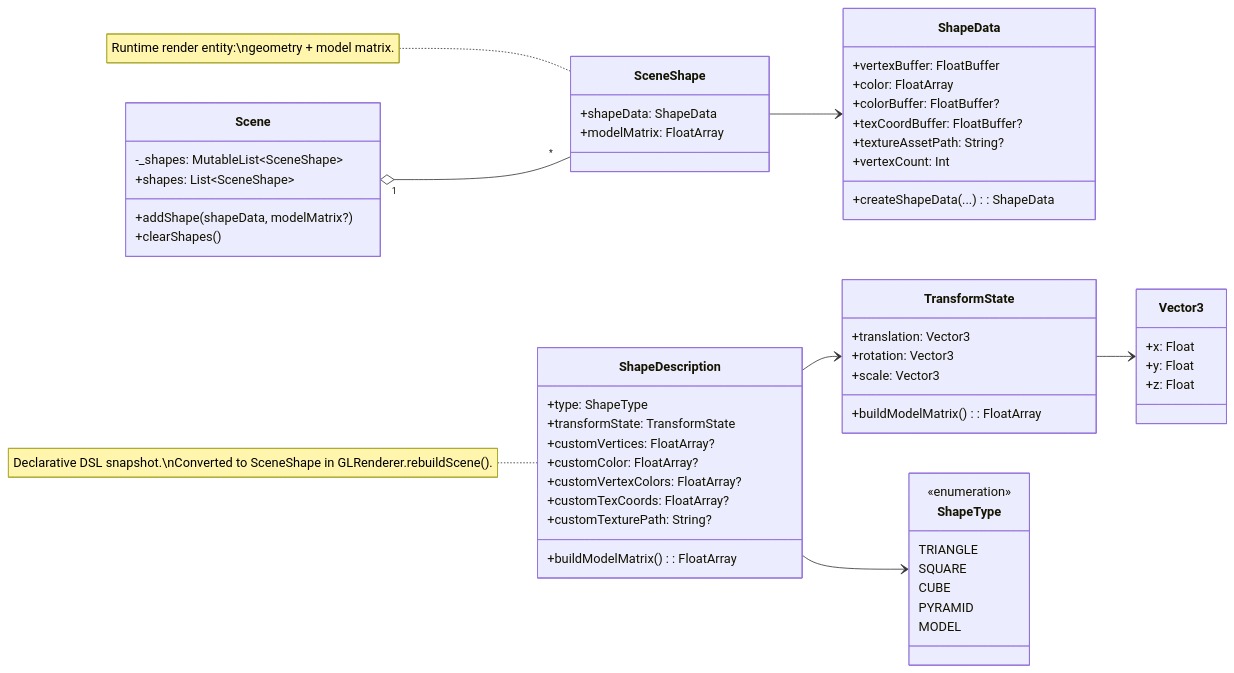
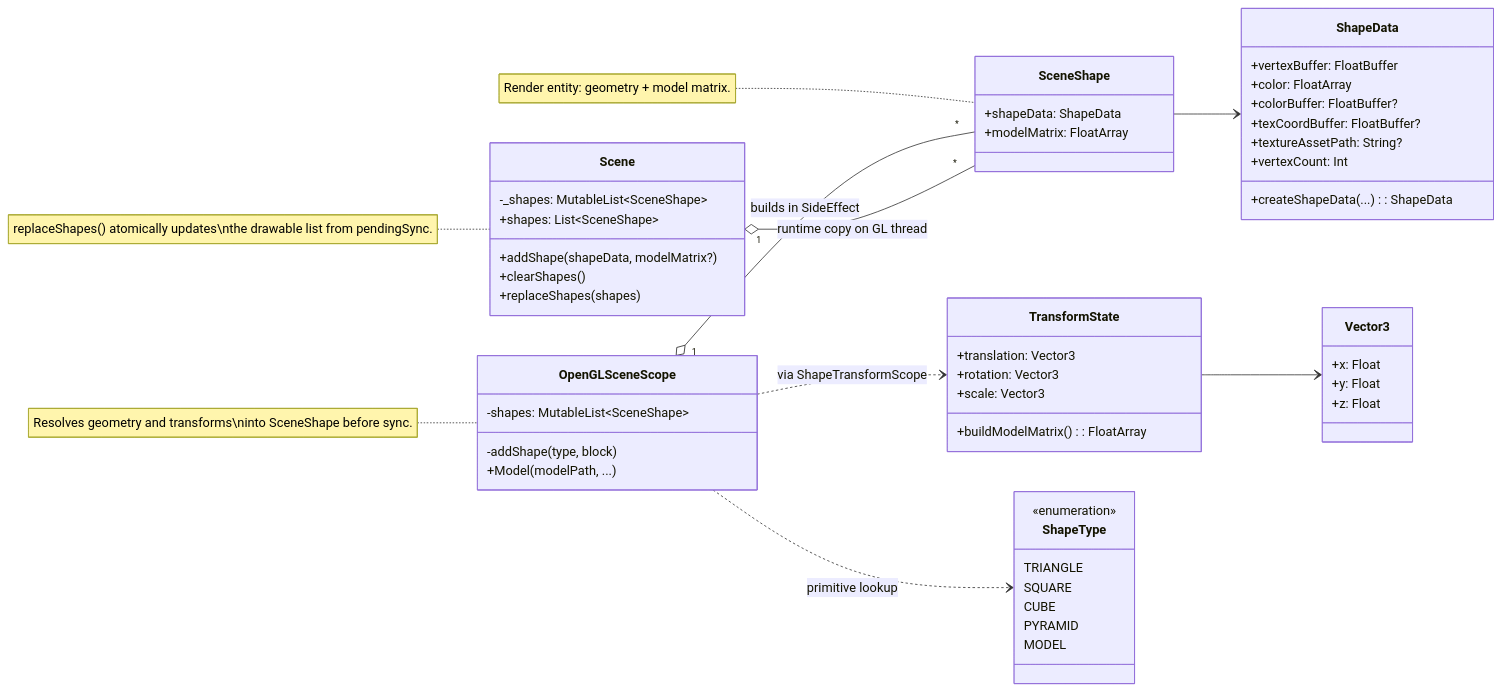
The diagram in docs/uml/03-scene-domain-layer.md (hr5h/GLViz), drawn with Mermaid before and after one commit. The commit also changed 10 other files, not shown here.

Commit message:
deleted ShapeDescription

````diff
--- a/docs/uml/03-scene-domain-layer.md
+++ b/docs/uml/03-scene-domain-layer.md
@@ -3,68 +3,66 @@
 ```mermaid
 classDiagram
 direction LR
+
+class OpenGLSceneScope {
+  -shapes: MutableList~SceneShape~
+  -addShape(type, block)
+  +Model(modelPath, ...)
+}
 
 class Scene {
   -_shapes: MutableList~SceneShape~
   +shapes: List~SceneShape~
   +addShape(shapeData, modelMatrix?)
   +clearShapes()
+  +replaceShapes(shapes)
 }
 
 class SceneShape {
   +shapeData: ShapeData
   +modelMatrix: FloatArray
-}
-
-class ShapeDescription {
-  +type: ShapeType
-  +transformState: TransformState
-  +customVertices: FloatArray?
-  +customColor: FloatArray?
-  +customVertexColors: FloatArray?
-  +customTexCoords: FloatArray?
-  +customTexturePath: String?
-  +buildModelMatrix(): FloatArray
 }
 
 class TransformState {
   +translation: Vector3
   +rotation: Vector3
   +scale: Vector3
   +buildModelMatrix(): FloatArray
 }
 
 class Vector3 {
   +x: Float
   +y: Float
   +z: Float
 }
 
 class ShapeData {
   +vertexBuffer: FloatBuffer
   +color: FloatArray
   +colorBuffer: FloatBuffer?
   +texCoordBuffer: FloatBuffer?
   +textureAssetPath: String?
   +vertexCount: Int
   +createShapeData(...): ShapeData
 }
 
 class ShapeType {
   <<enumeration>>
   TRIANGLE
   SQUARE
   CUBE
   PYRAMID
   MODEL
 }
 
-Scene "1" o-- "*" SceneShape
+OpenGLSceneScope "1" o-- "*" SceneShape : builds in SideEffect
+Scene "1" o-- "*" SceneShape : runtime copy on GL thread
 SceneShape --> ShapeData
-ShapeDescription --> TransformState
-ShapeDescription --> ShapeType
+OpenGLSceneScope ..> TransformState : via ShapeTransformScope
+OpenGLSceneScope ..> ShapeType : primitive lookup
 TransformState --> Vector3
 
-note for ShapeDescription "Declarative DSL snapshot.\nConverted to SceneShape in GLRenderer.rebuildScene()."
-note for SceneShape "Runtime render entity:\ngeometry + model matrix."
+note for OpenGLSceneScope "Resolves geometry and transforms\ninto SceneShape before sync."
+note for SceneShape "Render entity: geometry + model matrix."
+note for Scene "replaceShapes() atomically updates\nthe drawable list from pendingSync."
 ```
````
